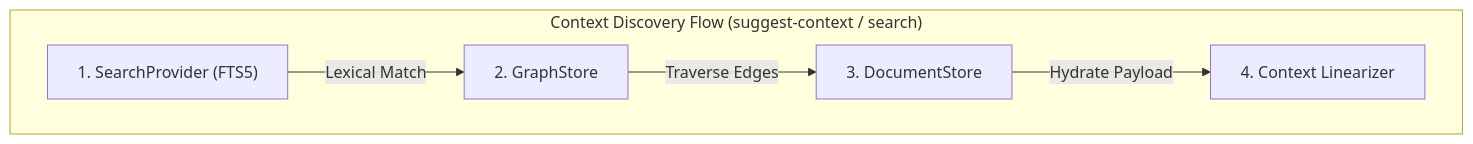
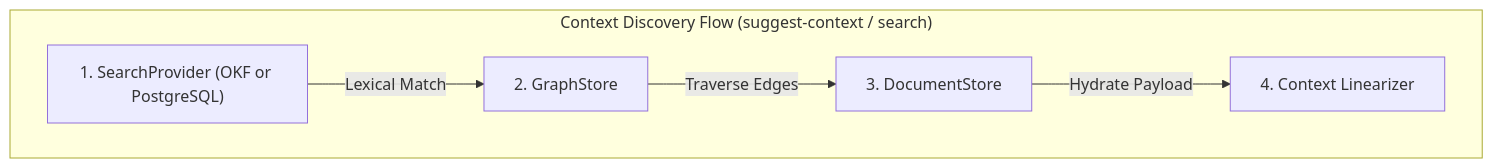
The third of 3 diagrams in .gyrus/concepts/root/reference/guide-001-system-architecture.md (armckinney/gyrus), drawn with Mermaid before and after one commit. The commit also changed other lines of this file and 232 other files, not shown here.

First line of the commit message:
Add okf provider support (#19)

````diff
--- a/.gyrus/concepts/root/reference/guide-001-system-architecture.md
+++ b/.gyrus/concepts/root/reference/guide-001-system-architecture.md
@@ -86,9 +86,9 @@
 ```mermaid
 graph LR
     subgraph Retrieval ["Context Discovery Flow (suggest-context / search)"]
         direction LR
-        Q1["1. SearchProvider (FTS5)"] -->|Lexical Match| Q2["2. GraphStore"]
+        Q1["1. SearchProvider (OKF or PostgreSQL)"] -->|Lexical Match| Q2["2. GraphStore"]
         Q2 -->|Traverse Edges| Q3["3. DocumentStore"]
         Q3 -->|Hydrate Payload| Q4["4. Context Linearizer"]
     end
 ```
````
